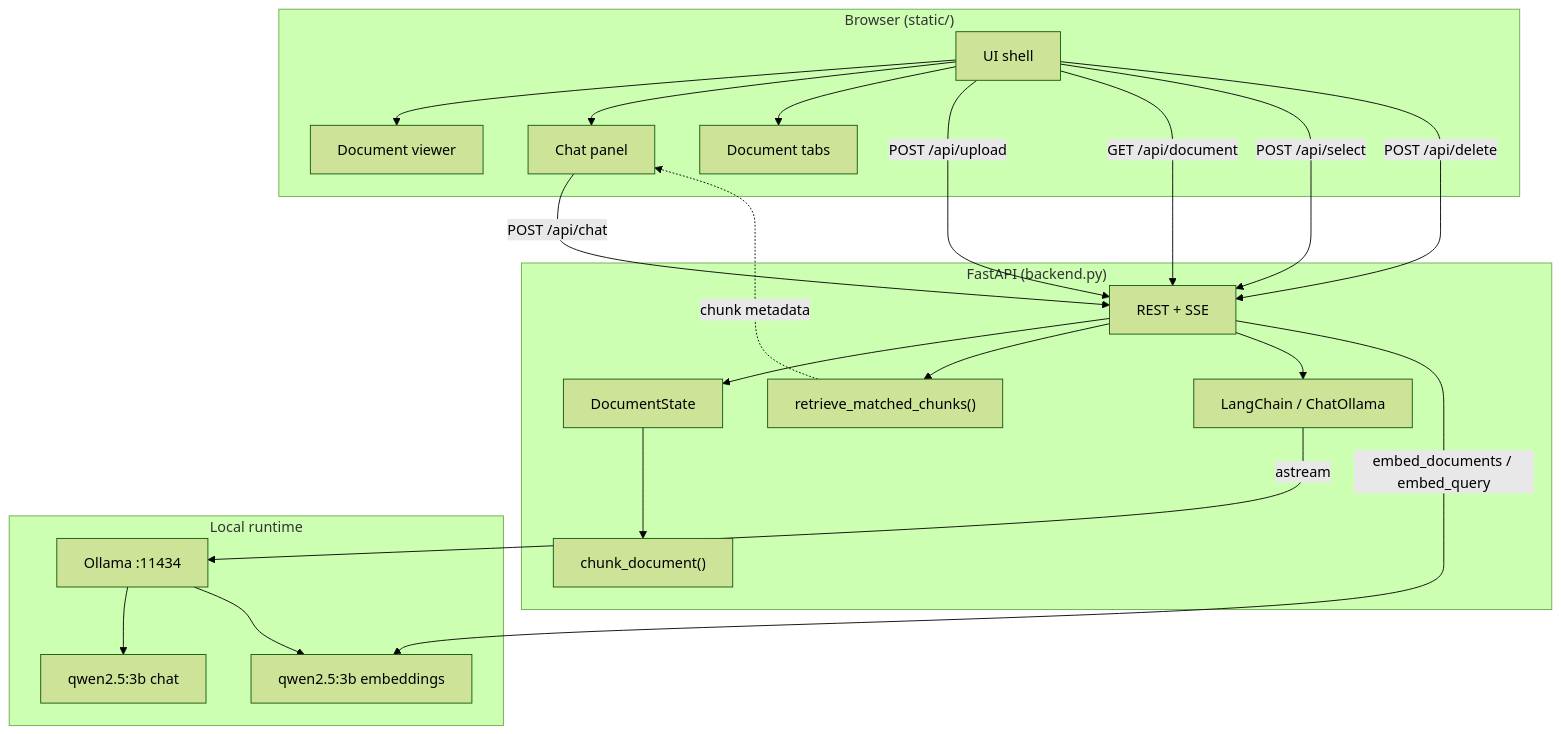
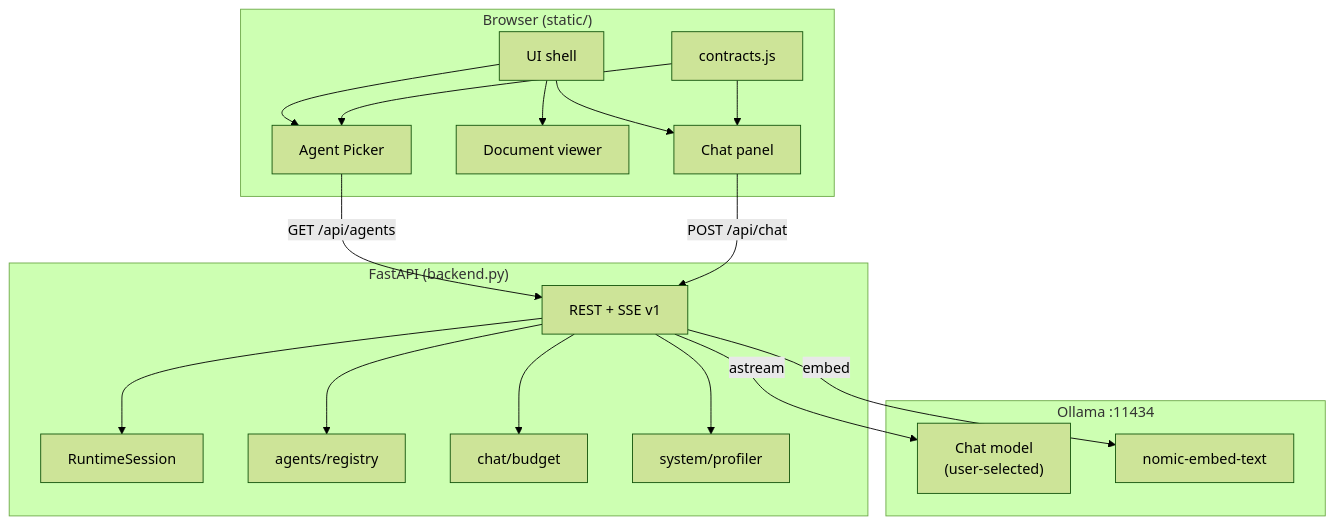
The second of 9 diagrams in README.md (Garvit-821/Private-Legal-Research-Agent), drawn with Mermaid (forest theme) before and after one commit. The commit also changed other lines of this file, not shown here.

Commit message:
docs: document Agent Picker, JSON v1 API, and updated architecture

````diff
--- a/README.md
+++ b/README.md
@@ -88,41 +222,37 @@
 ```mermaid
 graph TB
     subgraph Browser["Browser (static/)"]
         UI["UI shell"]
+        AP["Agent Picker"]
         DV["Document viewer"]
         CP["Chat panel"]
-        Tabs["Document tabs"]
+        CT["contracts.js"]
+        UI --> AP
         UI --> DV
         UI --> CP
-        UI --> Tabs
+        CT --> AP
+        CT --> CP
     end
 
     subgraph Server["FastAPI (backend.py)"]
-        API["REST + SSE"]
-        DS["DocumentState"]
-        CH["chunk_document()"]
-        RET["retrieve_matched_chunks()"]
-        LC["LangChain / ChatOllama"]
-        API --> DS
-        DS --> CH
-        API --> RET
-        API --> LC
+        API["REST + SSE v1"]
+        RS["RuntimeSession"]
+        REG["agents/registry"]
+        BUD["chat/budget"]
+        PROF["system/profiler"]
+        API --> RS
+        API --> REG
+        API --> BUD
+        API --> PROF
     end
 
-    subgraph Local["Local runtime"]
-        OL["Ollama :11434"]
-        CHAT["qwen2.5:3b chat"]
-        EMB["qwen2.5:3b embeddings"]
-        OL --> CHAT
-        OL --> EMB
+    subgraph Local["Ollama :11434"]
+        CHAT["Chat model\n(user-selected)"]
+        EMB["nomic-embed-text"]
     end
 
+    AP -->|GET /api/agents| API
     CP -->|POST /api/chat| API
-    UI -->|POST /api/upload| API
-    UI -->|GET /api/document| API
-    UI -->|POST /api/select| API
-    UI -->|POST /api/delete| API
-    LC -->|astream| OL
-    API -->|embed_documents / embed_query| EMB
-    RET -.->|chunk metadata| CP
+    API -->|astream| CHAT
+    API -->|embed| EMB
 ```
````
